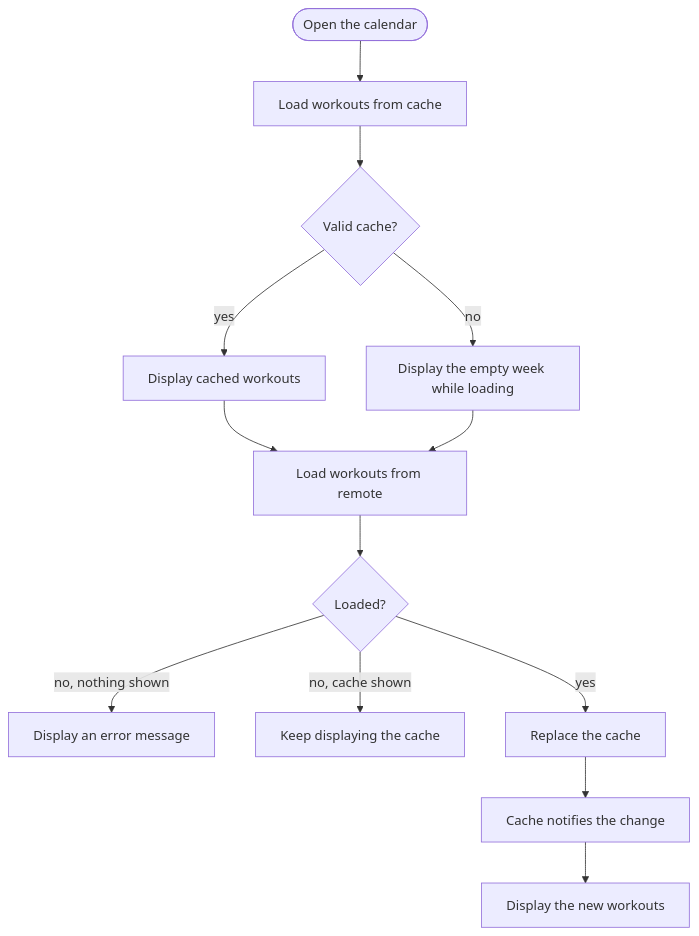
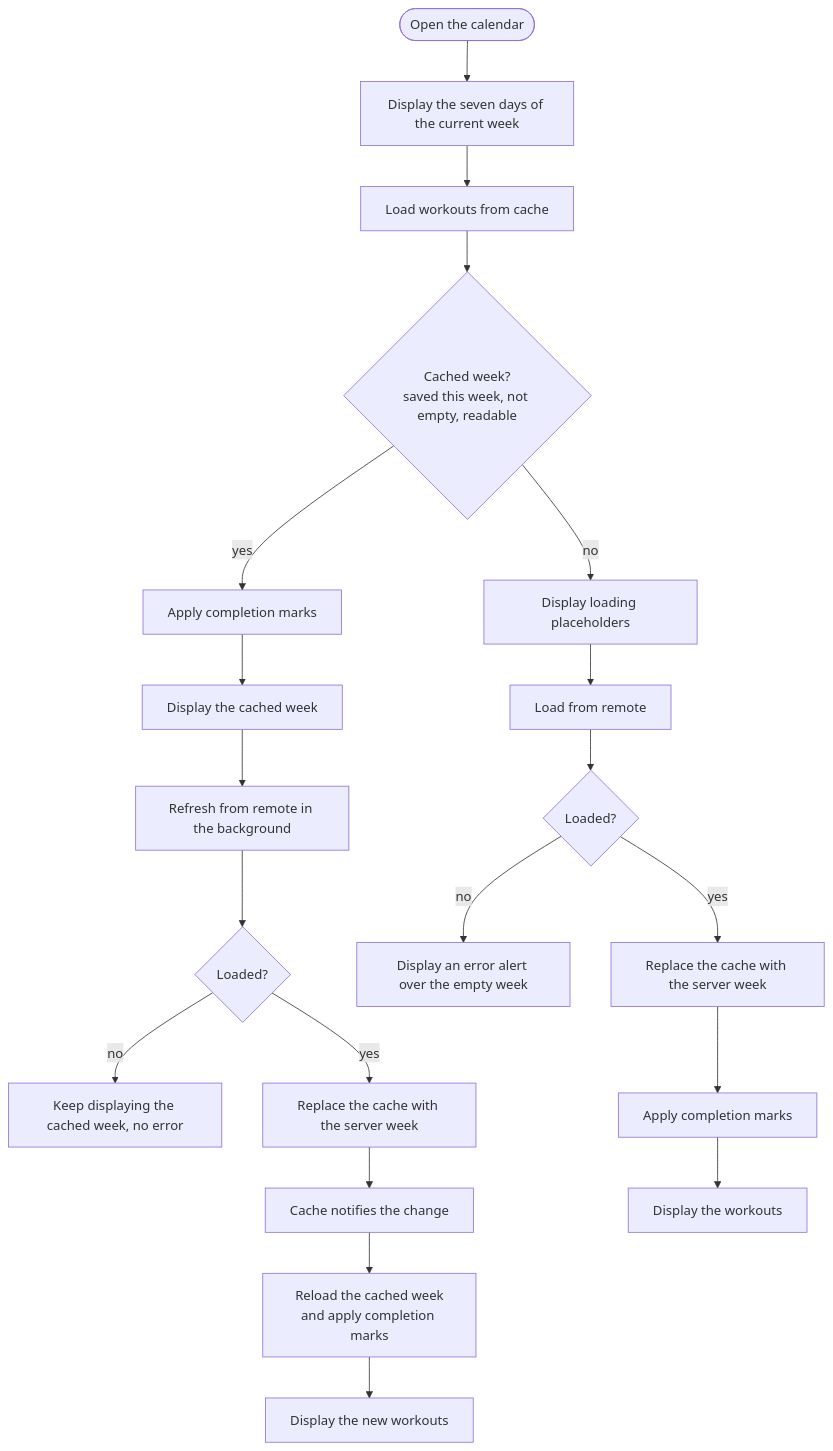
One commit to tringuyen623/training-calendar changed the first of 3 diagrams in README.md. Above: the diagram before and after it, drawn with Mermaid. The commit also changed other lines of this file, not shown here.

Commit message:
Complete the README for submission: build steps, video placeholder, AI collaboration and process, with the flowchart and architecture matching the current code

````diff
--- a/README.md
+++ b/README.md
@@ -253,13 +281,16 @@
 ```mermaid
 flowchart TD
-    Open([Open the calendar]) --> Cache[Load workouts from cache]
-    Cache --> HasCache{Valid cache?}
-    HasCache -- yes --> ShowCache[Display cached workouts]
-    HasCache -- no --> ShowEmpty[Display the empty week while loading]
-    ShowCache --> Remote[Load workouts from remote]
-    ShowEmpty --> Remote
-    Remote --> Ok{Loaded?}
-    Ok -- no, nothing shown --> Error[Display an error message]
-    Ok -- no, cache shown --> Keep[Keep displaying the cache]
-    Ok -- yes --> Save[Replace the cache] --> Notify[Cache notifies the change] --> Update[Display the new workouts]
+    Open([Open the calendar]) --> Week[Display the seven days of the current week]
+    Week --> Cache[Load workouts from cache]
+    Cache --> HasCache{Cached week?<br/>saved this week, not empty, readable}
+    HasCache -- yes --> MarkCache[Apply completion marks] --> ShowCache[Display the cached week]
+    ShowCache --> Refresh[Refresh from remote in the background]
+    Refresh --> RefreshOk{Loaded?}
+    RefreshOk -- no --> Keep[Keep displaying the cached week, no error]
+    RefreshOk -- yes --> Replace[Replace the cache with the server week]
+    Replace --> Notify[Cache notifies the change] --> Reload[Reload the cached week<br/>and apply completion marks] --> Update[Display the new workouts]
+    HasCache -- no --> Loading[Display loading placeholders] --> Remote[Load from remote]
+    Remote --> RemoteOk{Loaded?}
+    RemoteOk -- no --> Error[Display an error alert over the empty week]
+    RemoteOk -- yes --> Save[Replace the cache with the server week] --> MarkRemote[Apply completion marks] --> ShowRemote[Display the workouts]
 ```
````
